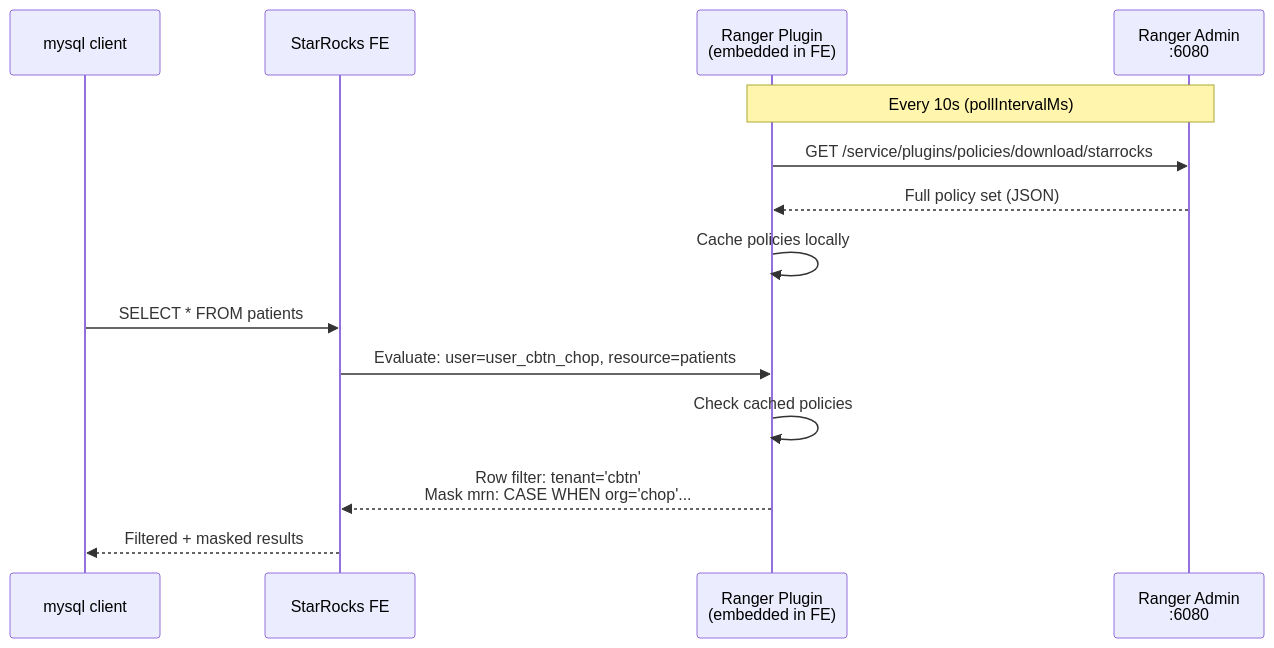
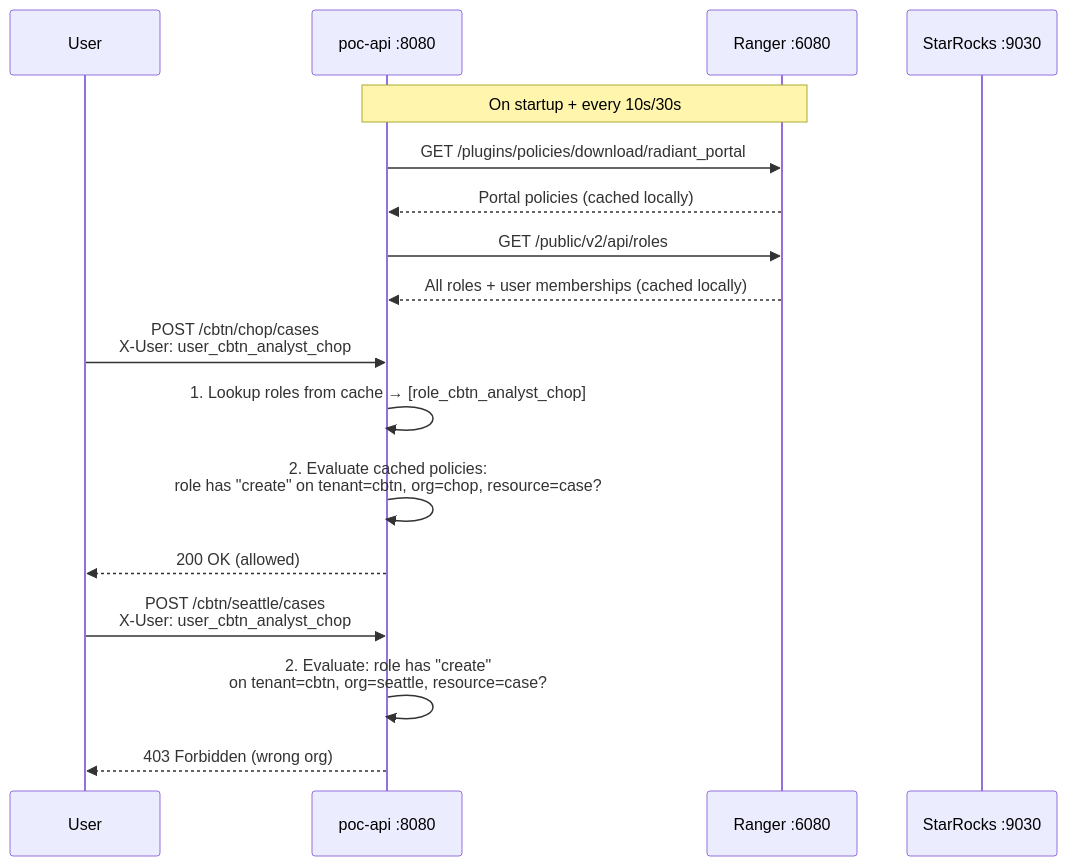
One commit to radiant-network/radiant-portal changed the third of 3 diagrams in docs/adr/ranger-poc/README.md. Above: the diagram before and after it, drawn with Mermaid. The commit also changed other lines of this file and 7 other files, not shown here.

Commit message:
docs(adr): SJRA-0000 add poc api with ranger portal service for action authz

````diff
--- a/docs/adr/ranger-poc/README.md
+++ b/docs/adr/ranger-poc/README.md
@@ -32,18 +83,22 @@
 ```mermaid
 sequenceDiagram
-    participant User as mysql client
-    participant FE as StarRocks FE
-    participant RP as Ranger Plugin<br/>(embedded in FE)
-    participant RA as Ranger Admin<br/>:6080
+    participant User
+    participant API as poc-api :8080
+    participant R as Ranger :6080
+    participant SR as StarRocks :9030
 
-    Note over RP,RA: Every 10s (pollIntervalMs)
-    RP->>RA: GET /service/plugins/policies/download/starrocks
-    RA-->>RP: Full policy set (JSON)
-    RP->>RP: Cache policies locally
+    Note over API,R: On startup + every 10s/30s
+    API->>R: GET /plugins/policies/download/radiant_portal
+    R-->>API: Portal policies (cached locally)
+    API->>R: GET /public/v2/api/roles
+    R-->>API: All roles + user memberships (cached locally)
 
-    User->>FE: SELECT * FROM patients
-    FE->>RP: Evaluate: user=user_cbtn_chop, resource=patients
-    RP->>RP: Check cached policies
-    RP-->>FE: Row filter: tenant='cbtn'<br/>Mask mrn: CASE WHEN org='chop'...
-    FE-->>User: Filtered + masked results
+    User->>API: POST /cbtn/chop/cases<br/>X-User: user_cbtn_analyst_chop
+    API->>API: 1. Lookup roles from cache → [role_cbtn_analyst_chop]
+    API->>API: 2. Evaluate cached policies:<br/>role has "create" on tenant=cbtn, org=chop, resource=case?
+    API-->>User: 200 OK (allowed)
+
+    User->>API: POST /cbtn/seattle/cases<br/>X-User: user_cbtn_analyst_chop
+    API->>API: 2. Evaluate: role has "create"<br/>on tenant=cbtn, org=seattle, resource=case?
+    API-->>User: 403 Forbidden (wrong org)
 ```
````
